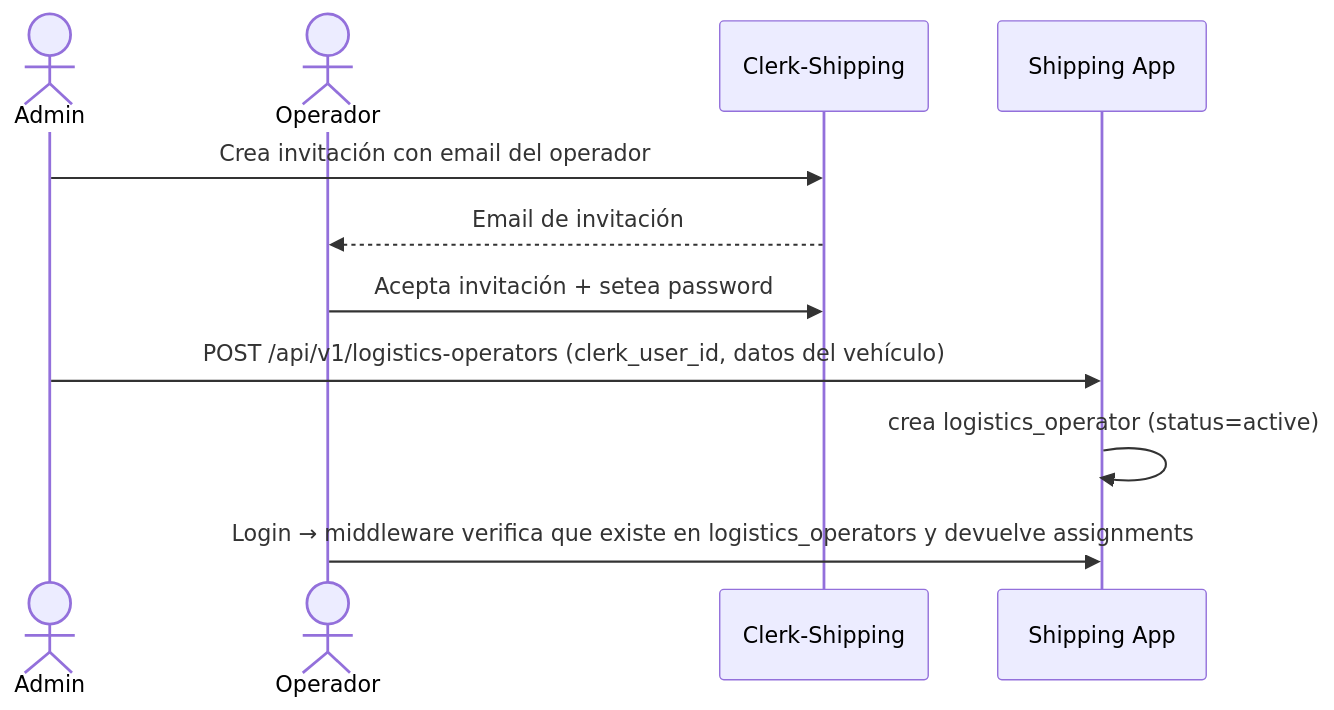
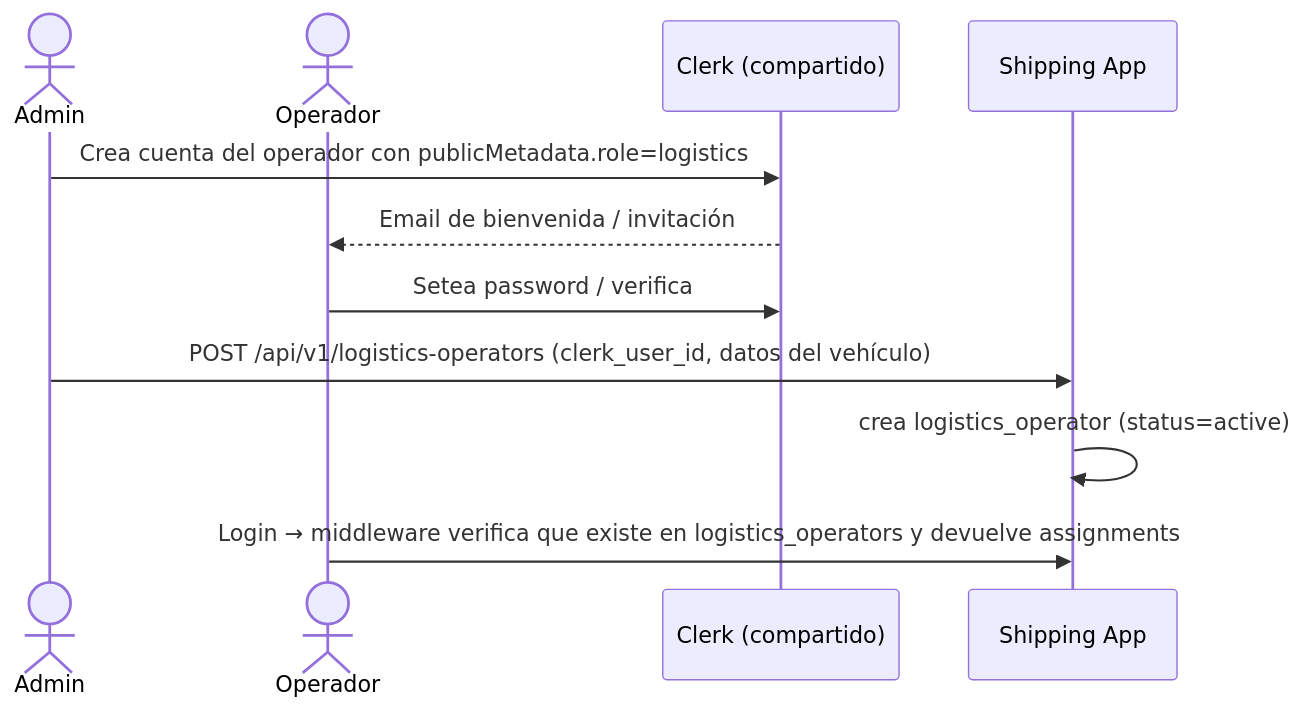
Before and after one commit to IAW-2026/proyecto-c-seller-bicimarket: the third of 4 diagrams in docs/05-usuarios.md, drawn with Mermaid. The commit also changed other lines of this file and 9 other files, not shown here.

````diff
--- a/docs/05-usuarios.md
+++ b/docs/05-usuarios.md
@@ -135,14 +149,14 @@
 ```mermaid
 sequenceDiagram
     actor A as Admin
     actor OP as Operador
-    participant CS as Clerk-Shipping
+    participant CL as Clerk (compartido)
     participant SH as Shipping App
 
-    A->>CS: Crea invitación con email del operador
-    CS-->>OP: Email de invitación
-    OP->>CS: Acepta invitación + setea password
+    A->>CL: Crea cuenta del operador con publicMetadata.role=logistics
+    CL-->>OP: Email de bienvenida / invitación
+    OP->>CL: Setea password / verifica
     A->>SH: POST /api/v1/logistics-operators (clerk_user_id, datos del vehículo)
     SH->>SH: crea logistics_operator (status=active)
     OP->>SH: Login → middleware verifica que existe en logistics_operators y devuelve assignments
 ```
````
